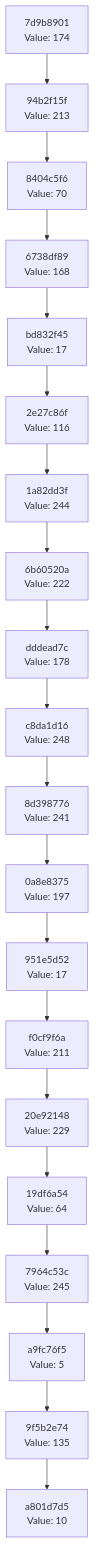
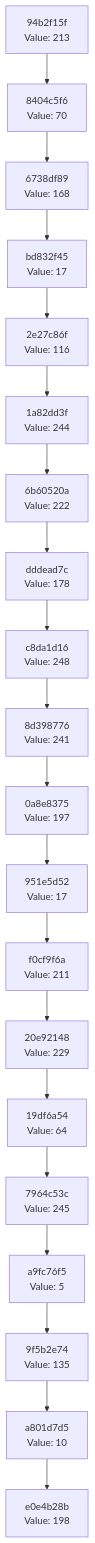
Before and after one commit to Abhisheksinha1506/hash-chain-evolver: the diagram in docs/CHAIN_VISUALIZATION.md, drawn with Mermaid. The commit also changed 3 other files, not shown here.

````diff
--- a/docs/CHAIN_VISUALIZATION.md
+++ b/docs/CHAIN_VISUALIZATION.md
@@ -3,42 +3,42 @@
 ```mermaid
 graph TD
-    C0["a801d7d5<br/>Value: 10"]
-    C1["9f5b2e74<br/>Value: 135"]
+    C0["e0e4b28b<br/>Value: 198"]
+    C1["a801d7d5<br/>Value: 10"]
     C1 --> C0
-    C2["a9fc76f5<br/>Value: 5"]
+    C2["9f5b2e74<br/>Value: 135"]
     C2 --> C1
-    C3["7964c53c<br/>Value: 245"]
+    C3["a9fc76f5<br/>Value: 5"]
     C3 --> C2
-    C4["19df6a54<br/>Value: 64"]
+    C4["7964c53c<br/>Value: 245"]
     C4 --> C3
-    C5["20e92148<br/>Value: 229"]
+    C5["19df6a54<br/>Value: 64"]
     C5 --> C4
-    C6["f0cf9f6a<br/>Value: 211"]
+    C6["20e92148<br/>Value: 229"]
     C6 --> C5
-    C7["951e5d52<br/>Value: 17"]
+    C7["f0cf9f6a<br/>Value: 211"]
     C7 --> C6
-    C8["0a8e8375<br/>Value: 197"]
+    C8["951e5d52<br/>Value: 17"]
     C8 --> C7
-    C9["8d398776<br/>Value: 241"]
+    C9["0a8e8375<br/>Value: 197"]
     C9 --> C8
-    C10["c8da1d16<br/>Value: 248"]
+    C10["8d398776<br/>Value: 241"]
     C10 --> C9
-    C11["dddead7c<br/>Value: 178"]
+    C11["c8da1d16<br/>Value: 248"]
     C11 --> C10
-    C12["6b60520a<br/>Value: 222"]
+    C12["dddead7c<br/>Value: 178"]
     C12 --> C11
-    C13["1a82dd3f<br/>Value: 244"]
+    C13["6b60520a<br/>Value: 222"]
     C13 --> C12
-    C14["2e27c86f<br/>Value: 116"]
+    C14["1a82dd3f<br/>Value: 244"]
     C14 --> C13
-    C15["bd832f45<br/>Value: 17"]
+    C15["2e27c86f<br/>Value: 116"]
     C15 --> C14
-    C16["6738df89<br/>Value: 168"]
+    C16["bd832f45<br/>Value: 17"]
     C16 --> C15
-    C17["8404c5f6<br/>Value: 70"]
+    C17["6738df89<br/>Value: 168"]
     C17 --> C16
-    C18["94b2f15f<br/>Value: 213"]
+    C18["8404c5f6<br/>Value: 70"]
     C18 --> C17
-    C19["7d9b8901<br/>Value: 174"]
+    C19["94b2f15f<br/>Value: 213"]
     C19 --> C18
 ```
````
